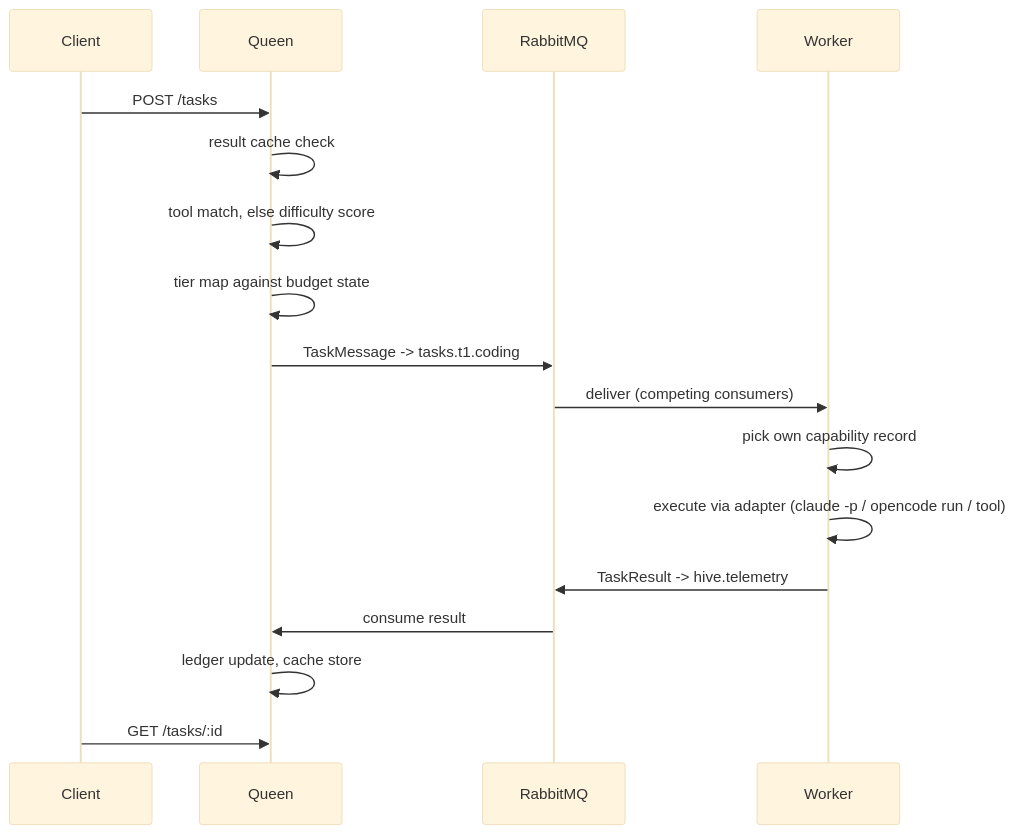
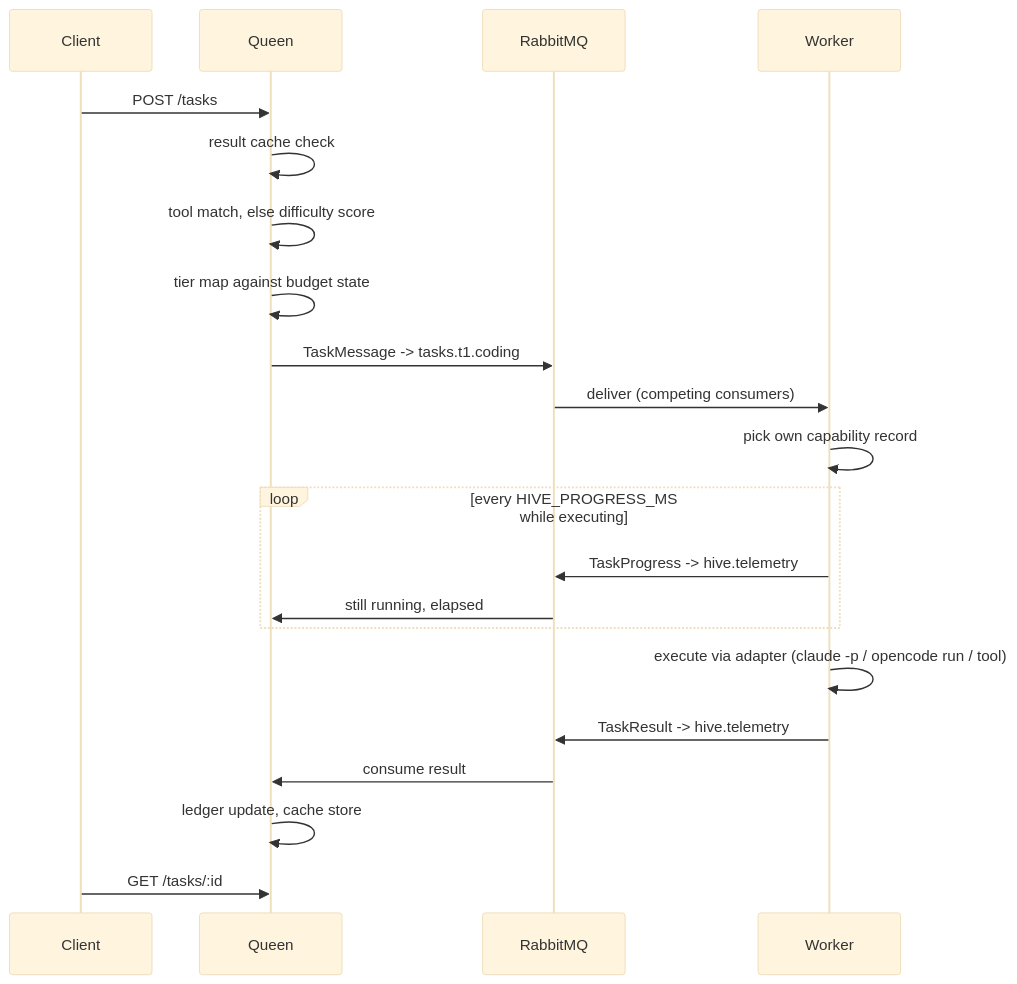
Before and after one commit to kuanting/agent-hive: the second of 4 diagrams in docs/DESIGN.md, drawn with Mermaid (base theme). The commit also changed other lines of this file and 20 other files, not shown here.

````diff
--- a/docs/DESIGN.md
+++ b/docs/DESIGN.md
@@ -108,19 +112,23 @@
 ```mermaid
 sequenceDiagram
   participant C as Client
   participant Q as Queen
   participant MQ as RabbitMQ
   participant W as Worker
   C->>Q: POST /tasks
   Q->>Q: result cache check
   Q->>Q: tool match, else difficulty score
   Q->>Q: tier map against budget state
   Q->>MQ: TaskMessage -> tasks.t1.coding
   MQ->>W: deliver (competing consumers)
   W->>W: pick own capability record
+  loop every HIVE_PROGRESS_MS while executing
+    W->>MQ: TaskProgress -> hive.telemetry
+    MQ->>Q: still running, elapsed
+  end
   W->>W: execute via adapter (claude -p / opencode run / tool)
   W->>MQ: TaskResult -> hive.telemetry
   MQ->>Q: consume result
   Q->>Q: ledger update, cache store
   C->>Q: GET /tasks/:id
 ```
````
